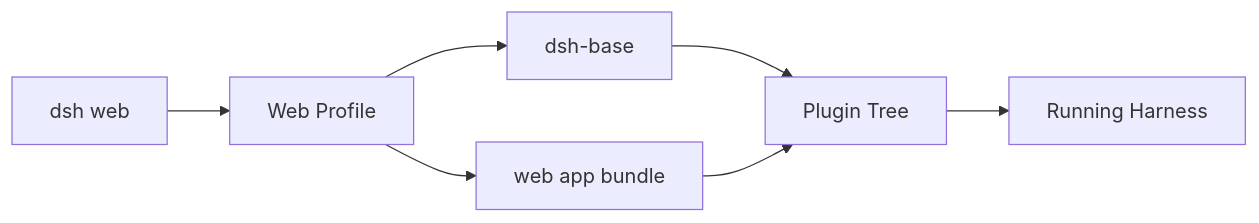
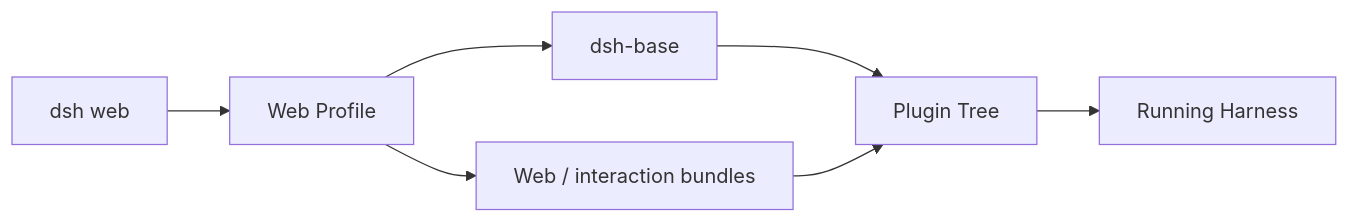
One commit to indigofeather/harness-book changed the first of 3 diagrams in docs/deepseek/usage-and-profiles.md. Above: the diagram before and after it, drawn with Mermaid. The commit also changed other lines of this file and 48 other files, not shown here.

````diff
--- a/docs/deepseek/usage-and-profiles.md
+++ b/docs/deepseek/usage-and-profiles.md
@@ -33,9 +31,9 @@
 ```mermaid
 flowchart LR
   CMD[dsh web] --> P[Web Profile]
   P --> B1[dsh-base]
-  P --> B2[web app bundle]
+  P --> B2[Web / interaction bundles]
   B1 --> R[Plugin Tree]
   B2 --> R
   R --> A[Running Harness]
 ```
````
